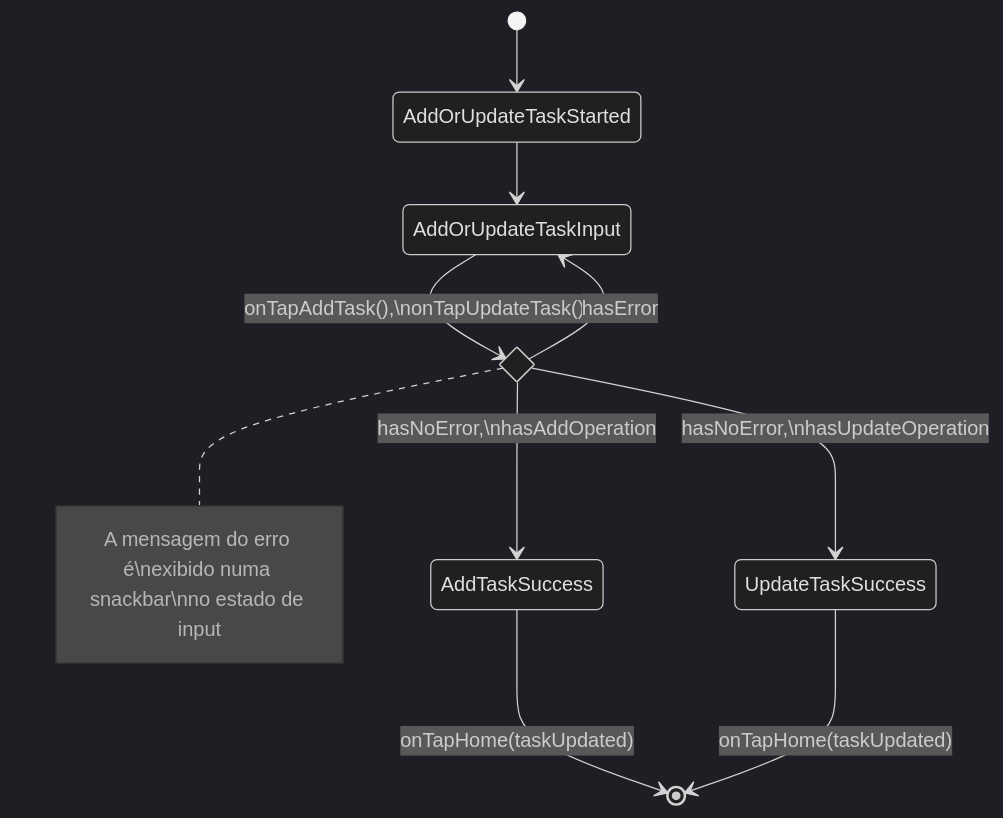
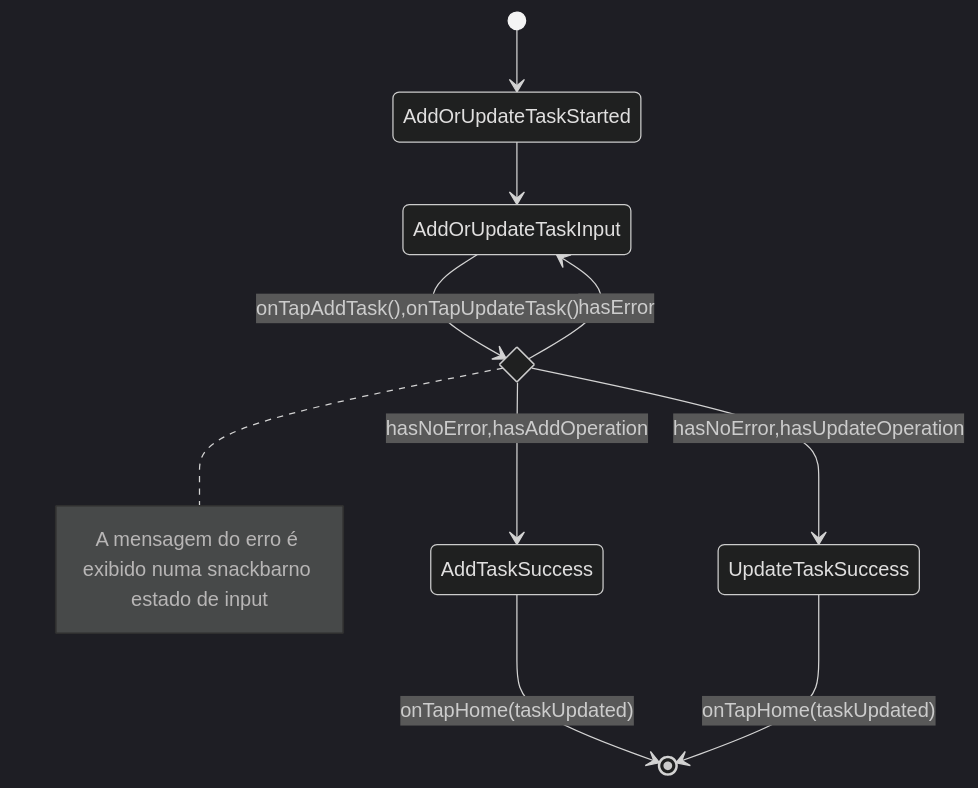
One commit to cecruzbrito/gerenciamento_de_tarefas_inicie changed the third of 3 diagrams in README.md. Above: the diagram before and after it, drawn with Mermaid (dark theme). The commit also changed other lines of this file, not shown here.

Commit message:
docs(readme): corrigindo ortografia e retirando os zn

````diff
--- a/README.md
+++ b/README.md
@@ -188,17 +188,17 @@
 ```mermaid
 stateDiagram-v2
     direction TB
     [*] --> AddOrUpdateTaskStarted
     AddOrUpdateTaskStarted --> AddOrUpdateTaskInput
     state if_state1 <<choice>>
-    AddOrUpdateTaskInput --> if_state1: onTapAddTask(),\nonTapUpdateTask()
-    if_state1 --> AddTaskSuccess : hasNoError,\nhasAddOperation
-    if_state1 --> UpdateTaskSuccess : hasNoError,\nhasUpdateOperation
+    AddOrUpdateTaskInput --> if_state1: onTapAddTask(),onTapUpdateTask()
+    if_state1 --> AddTaskSuccess : hasNoError,hasAddOperation
+    if_state1 --> UpdateTaskSuccess : hasNoError,hasUpdateOperation
     if_state1 --> AddOrUpdateTaskInput : hasError
     AddTaskSuccess --> [*] : onTapHome(taskUpdated)
     UpdateTaskSuccess --> [*] : onTapHome(taskUpdated)
 
     note right of if_state1
-        A mensagem do erro é\nexibido numa snackbar\nno estado de input
+        A mensagem do erro é exibido numa snackbarno estado de input
     end note
 ```
````
